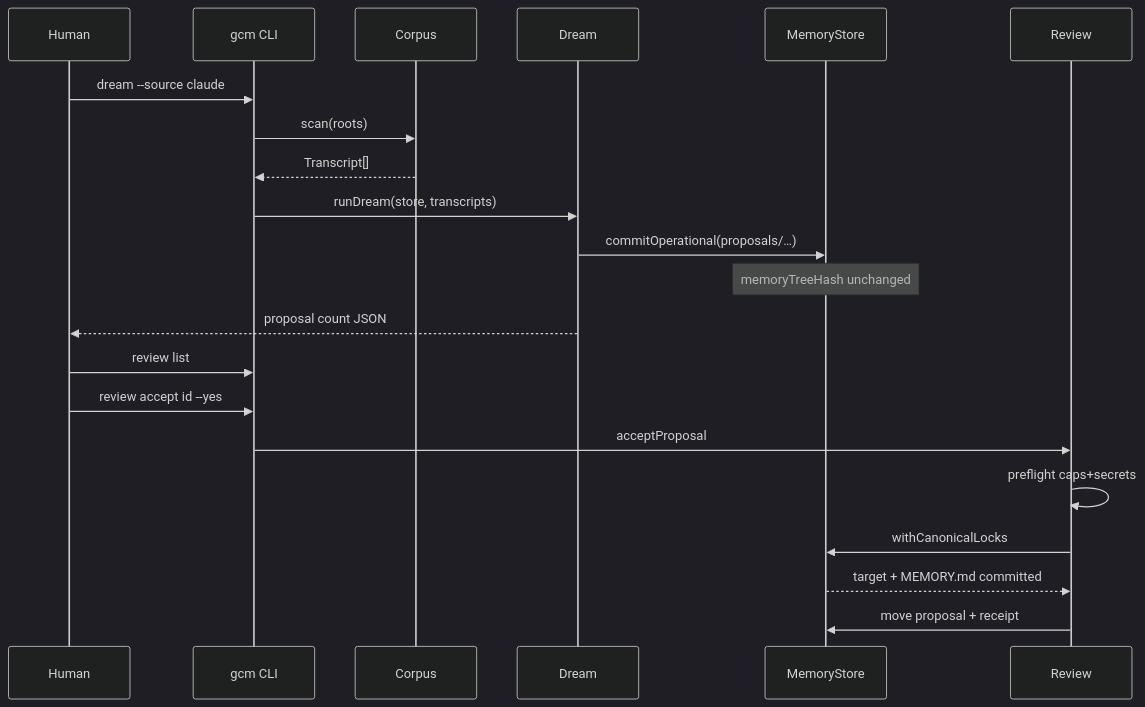
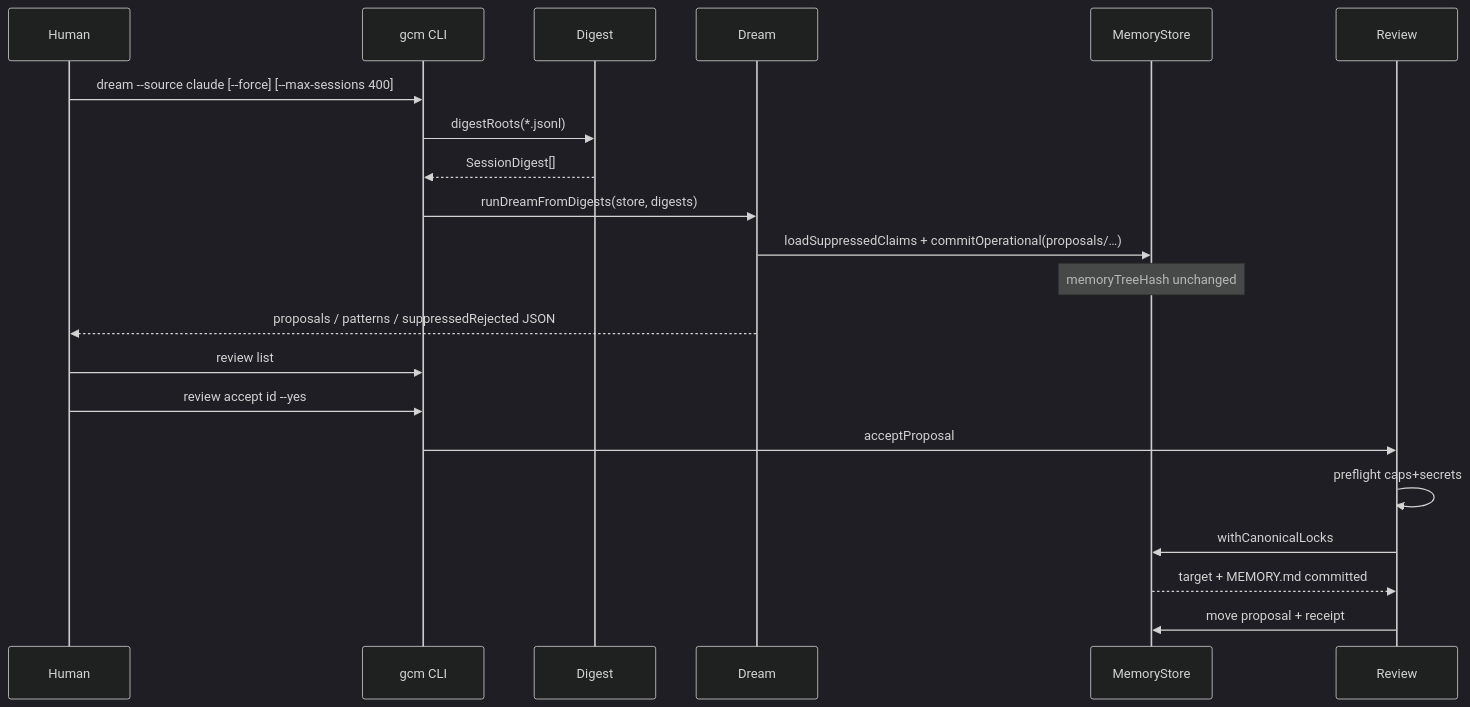
The diagram in docs/concepts/hitl-dreaming.md (oimiragieo/gotcontext-memory), drawn with Mermaid (dark theme) before and after one commit. The commit also changed other lines of this file and 25 other files, not shown here.

````diff
--- a/docs/concepts/hitl-dreaming.md
+++ b/docs/concepts/hitl-dreaming.md
@@ -82,25 +83,25 @@
 ```mermaid
 sequenceDiagram
   participant U as Human
   participant CLI as gcm CLI
-  participant C as Corpus
+  participant Dig as Digest
   participant D as Dream
   participant S as MemoryStore
   participant R as Review
 
-  U->>CLI: dream --source claude
-  CLI->>C: scan(roots)
-  C-->>CLI: Transcript[]
-  CLI->>D: runDream(store, transcripts)
-  D->>S: commitOperational(proposals/…)
+  U->>CLI: dream --source claude [--force] [--max-sessions 400]
+  CLI->>Dig: digestRoots(*.jsonl)
+  Dig-->>CLI: SessionDigest[]
+  CLI->>D: runDreamFromDigests(store, digests)
+  D->>S: loadSuppressedClaims + commitOperational(proposals/…)
   Note over S: memoryTreeHash unchanged
-  D-->>U: proposal count JSON
+  D-->>U: proposals / patterns / suppressedRejected JSON
 
   U->>CLI: review list
   U->>CLI: review accept id --yes
   CLI->>R: acceptProposal
   R->>R: preflight caps+secrets
   R->>S: withCanonicalLocks
   S-->>R: target + MEMORY.md committed
   R->>S: move proposal + receipt
 ```
````
